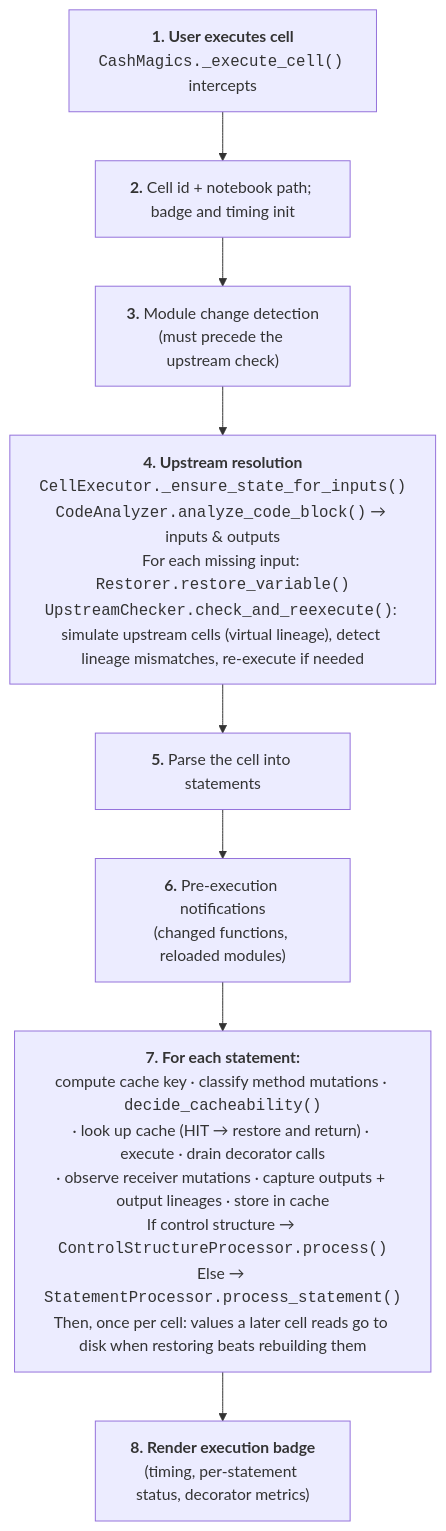
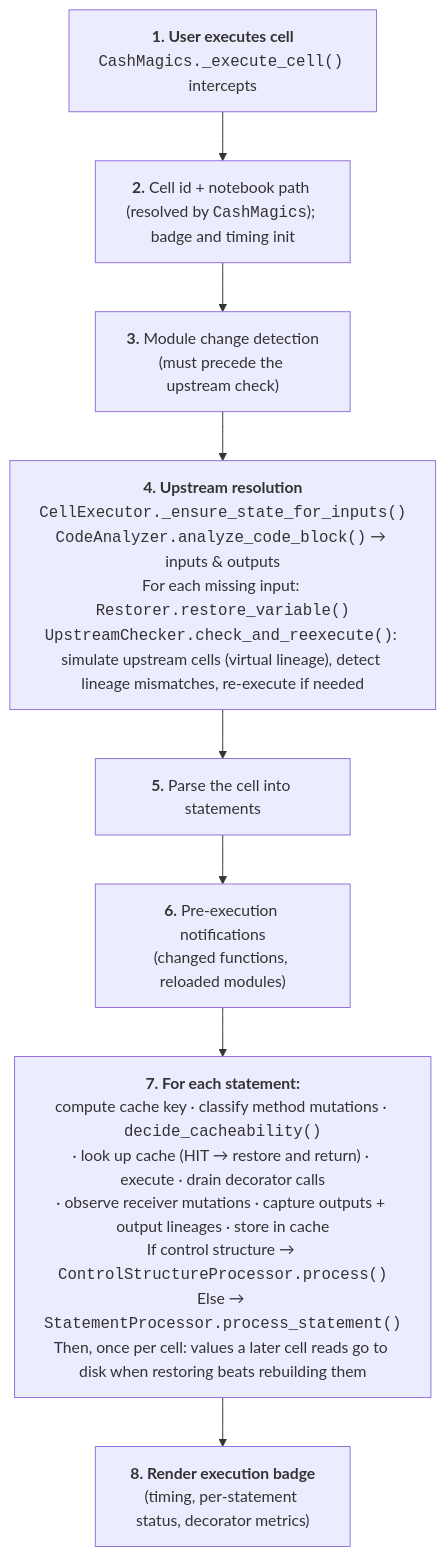
The first of 3 diagrams in docs/how-it-works/notebook-path.md (galgtonold/cash), drawn with Mermaid before and after one commit. The commit also changed other lines of this file and 22 other files, not shown here.

````diff
--- a/docs/how-it-works/notebook-path.md
+++ b/docs/how-it-works/notebook-path.md
@@ -30,12 +32,12 @@
 ```mermaid
 flowchart TD
     S1["<b>1. User executes cell</b><br/><code>CashMagics._execute_cell()</code> intercepts"]
-    S2["<b>2.</b> Cell id + notebook path; badge and timing init"]
+    S2["<b>2.</b> Cell id + notebook path (resolved by <code>CashMagics</code>); badge and timing init"]
     S3["<b>3.</b> Module change detection<br/>(must precede the upstream check)"]
     S4["<b>4. Upstream resolution</b><br/><code>CellExecutor._ensure_state_for_inputs()</code><br/><code>CodeAnalyzer.analyze_code_block()</code> → inputs &amp; outputs<br/>For each missing input: <code>Restorer.restore_variable()</code><br/><code>UpstreamChecker.check_and_reexecute()</code>: simulate upstream cells (virtual lineage), detect lineage mismatches, re-execute if needed"]
     S5["<b>5.</b> Parse the cell into statements"]
     S6["<b>6.</b> Pre-execution notifications<br/>(changed functions, reloaded modules)"]
     S7["<b>7. For each statement:</b><br/>compute cache key · classify method mutations · <code>decide_cacheability()</code><br/>· look up cache (HIT → restore and return) · execute · drain decorator calls<br/>· observe receiver mutations · capture outputs + output lineages · store in cache<br/>If control structure → <code>ControlStructureProcessor.process()</code><br/>Else → <code>StatementProcessor.process_statement()</code><br/>Then, once per cell: values a later cell reads go to disk when restoring beats rebuilding them"]
     S8["<b>8. Render execution badge</b><br/>(timing, per-statement status, decorator metrics)"]
     S1 --> S2 --> S3 --> S4 --> S5 --> S6 --> S7 --> S8
 ```
````
